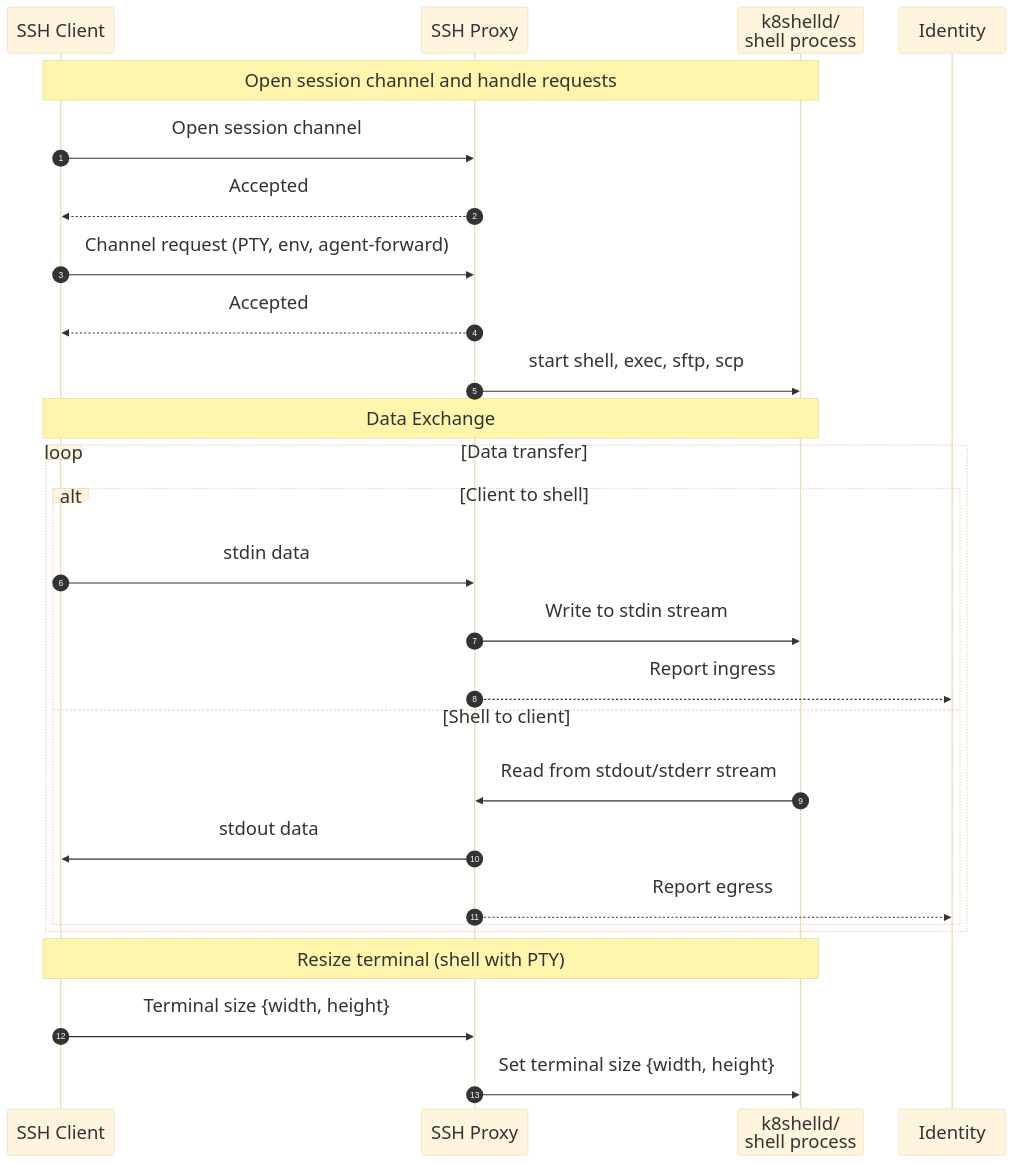
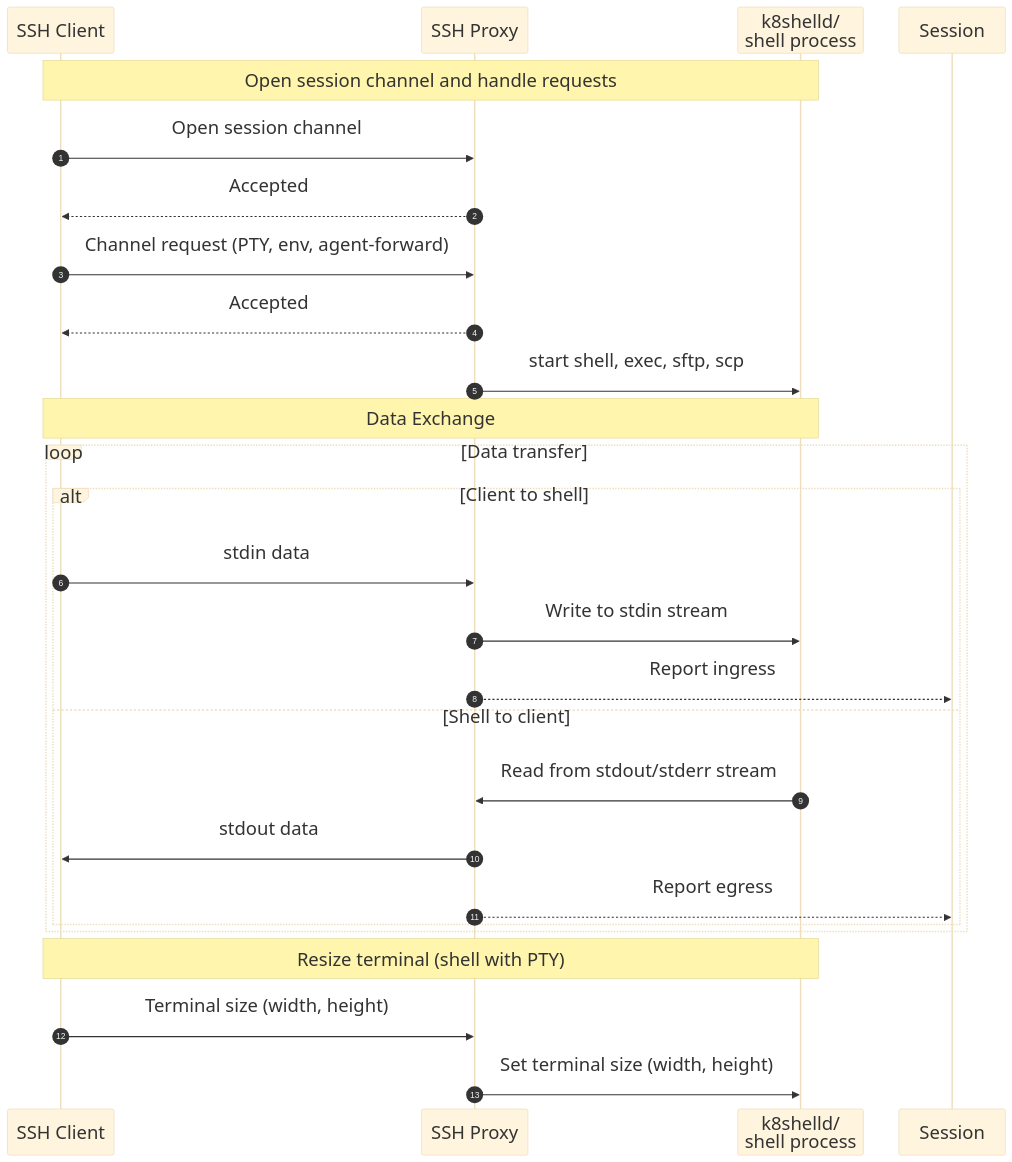
The third of 5 diagrams in docs/concepts/ssh-proxy/communication-flows.md (k8shell-io/docs), drawn with Mermaid before and after one commit. The commit also changed other lines of this file and 5 other files, not shown here.

````diff
--- a/docs/concepts/ssh-proxy/communication-flows.md
+++ b/docs/concepts/ssh-proxy/communication-flows.md
@@ -113,37 +113,37 @@
 ```mermaid
 %%{init:{ "theme": "base", "fontSize": 26 }}%%
 sequenceDiagram
     autonumber
     participant C as SSH Client
     participant P as SSH Proxy
     participant K as k8shelld/<br/>shell process
-    participant I as Identity
+    participant S as Session
 
     note over C,K: Open session channel and handle requests
     
     C->>P: Open session channel
     P-->>C: Accepted
 
     C->>P: Channel request (PTY, env, agent-forward)
     P-->>C: Accepted
 
     P->>K: start shell, exec, sftp, scp
     
     note over C,K: Data Exchange
     loop Data transfer
         alt Client to shell
             C->>P: stdin data
             P->>K: Write to stdin stream
-            P-->>I: Report ingress
+            P-->>S: Report ingress
         else Shell to client
             K->>P: Read from stdout/stderr stream
             P->>C: stdout data
-            P-->>I: Report egress
+            P-->>S: Report egress
         end
     end    
 
     note over C,K: Resize terminal (shell with PTY)
 
-    C->>P: Terminal size {width, height}
-    P->>K: Set terminal size {width, height}
+    C->>P: Terminal size (width, height)
+    P->>K: Set terminal size (width, height)
 ```
````
